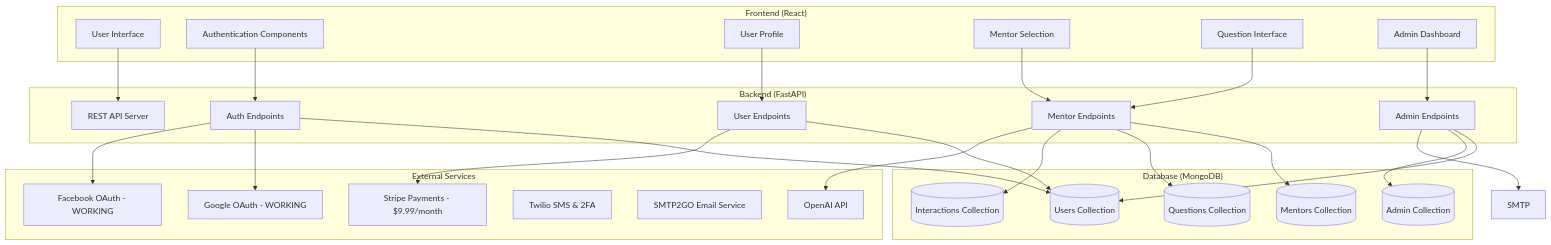
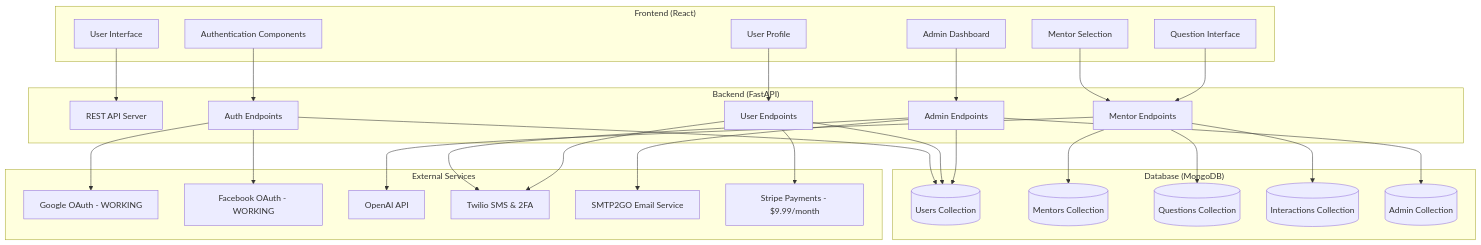
Before and after one commit to pdorsey2112/onlymentors.ai: the first of 7 diagrams in ONLYMENTORS_WORKFLOW_DIAGRAMS.md, drawn with Mermaid.

Commit message:
auto-commit for 4434a10f-6693-4b7d-ad2e-4c2d06a4e7bc

````diff
--- a/ONLYMENTORS_WORKFLOW_DIAGRAMS.md
+++ b/ONLYMENTORS_WORKFLOW_DIAGRAMS.md
@@ -5,62 +5,64 @@
 ```mermaid
 graph TB
     %% Frontend Layer
     subgraph "Frontend (React)"
         UI[User Interface]
         Auth[Authentication Components]
         Profile[User Profile]
         Mentor[Mentor Selection]
         Question[Question Interface]
         Admin[Admin Dashboard]
     end
 
     %% Backend Layer
     subgraph "Backend (FastAPI)"
         API[REST API Server]
         AuthAPI[Auth Endpoints]
         UserAPI[User Endpoints]
         MentorAPI[Mentor Endpoints]
         AdminAPI[Admin Endpoints]
     end
 
     %% Database Layer
     subgraph "Database (MongoDB)"
         UserDB[(Users Collection)]
         MentorDB[(Mentors Collection)]
         QuestionDB[(Questions Collection)]
         InteractionDB[(Interactions Collection)]
         AdminDB[(Admin Collection)]
     end
 
     %% External Services
     subgraph "External Services"
         GoogleOAuth[Google OAuth - WORKING]
         FacebookOAuth[Facebook OAuth - WORKING]
         OpenAI[OpenAI API]
         TwilioSMS[Twilio SMS & 2FA]
         SMTP2GO[SMTP2GO Email Service]
         Stripe[Stripe Payments - $9.99/month]
     end
 
     %% Connections
     UI --> API
     Auth --> AuthAPI
     Profile --> UserAPI
     Mentor --> MentorAPI
     Question --> MentorAPI
     Admin --> AdminAPI
 
     AuthAPI --> UserDB
     UserAPI --> UserDB
     MentorAPI --> MentorDB
     MentorAPI --> QuestionDB
     MentorAPI --> InteractionDB
     AdminAPI --> UserDB
     AdminAPI --> AdminDB
 
     AuthAPI --> GoogleOAuth
     AuthAPI --> FacebookOAuth
     MentorAPI --> OpenAI
-    AdminAPI --> SMTP
+    AdminAPI --> SMTP2GO
+    AdminAPI --> TwilioSMS
     UserAPI --> Stripe
+    UserAPI --> TwilioSMS
 ```
````
